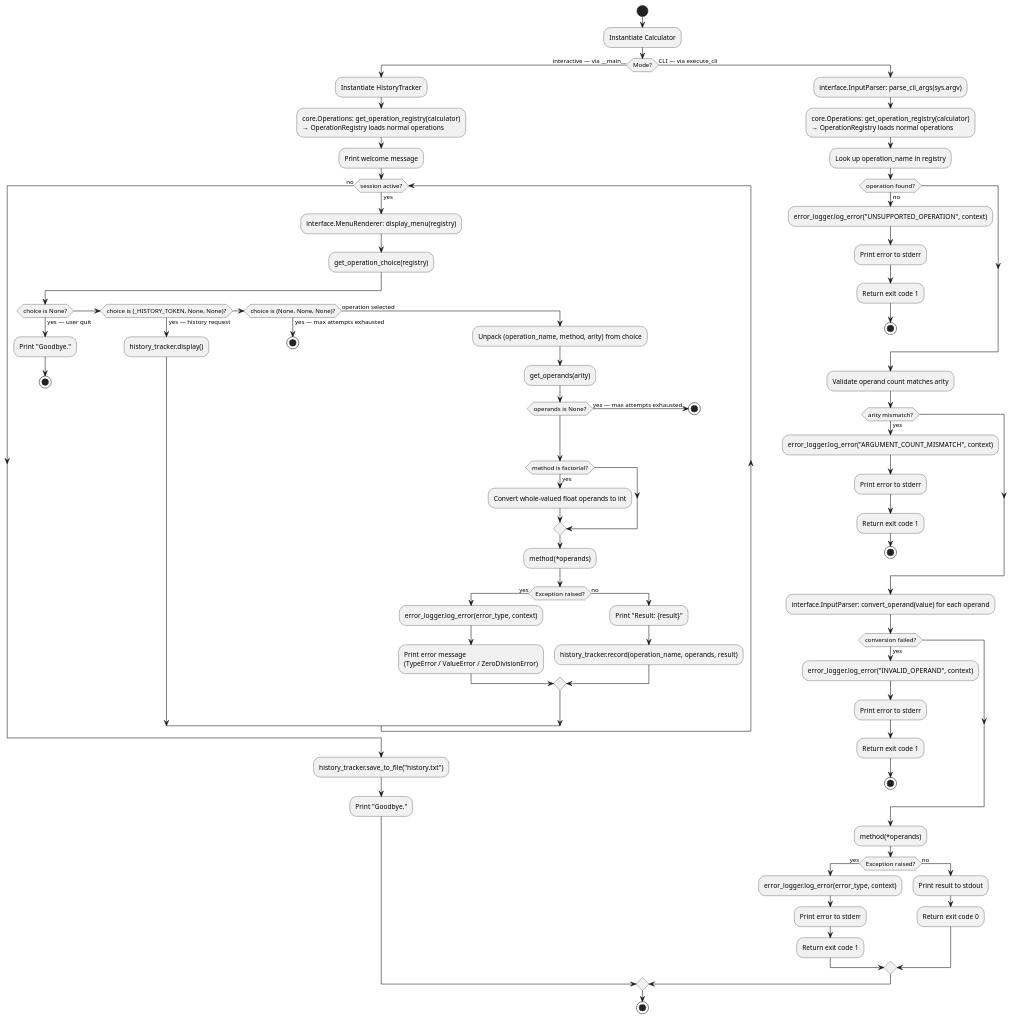
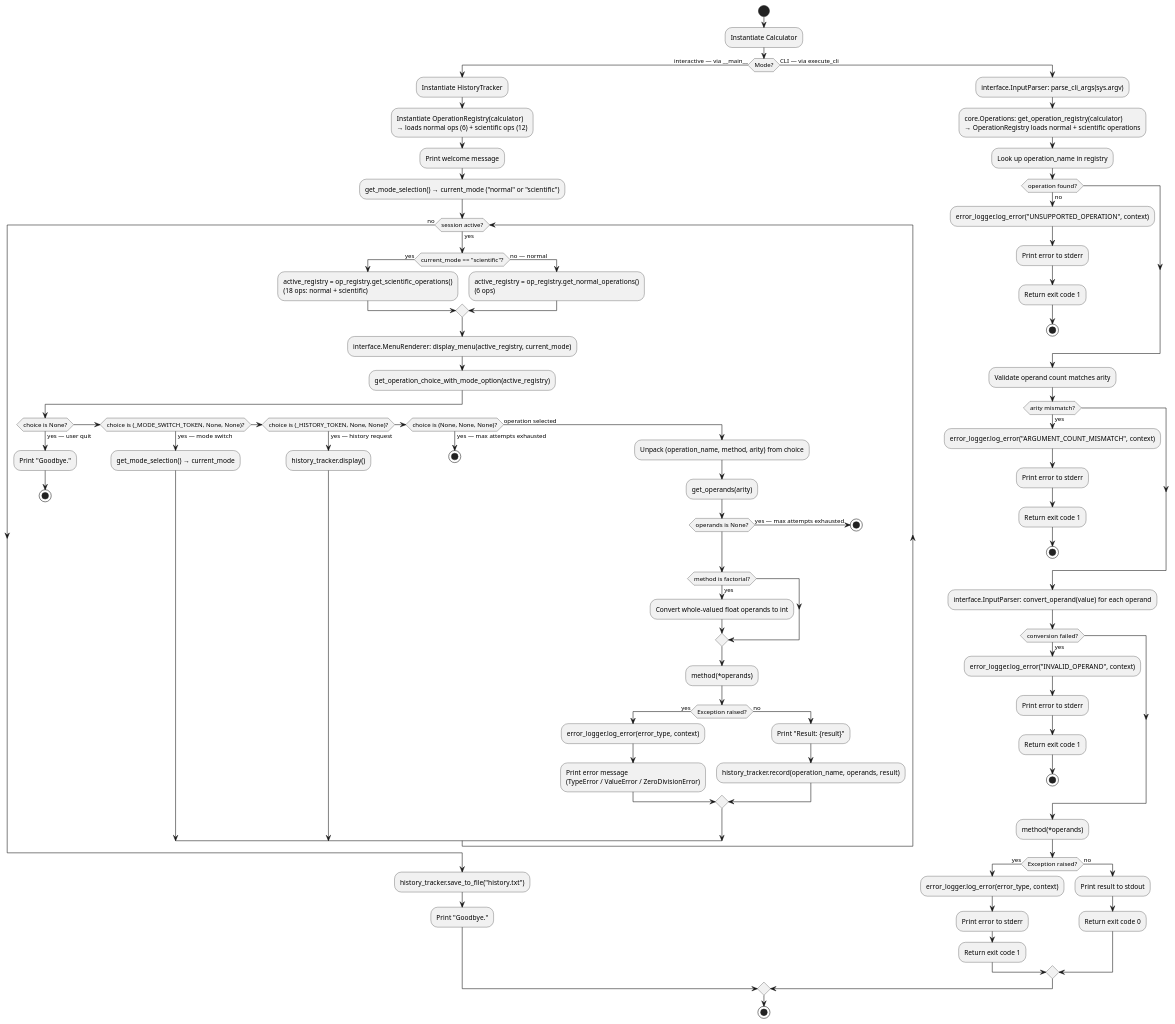
One commit to DanielRiha8906/Calculator_bachelor_autoevolution_team changed the diagram in artifacts/activity_diagram.puml. Above: the diagram before and after it, drawn with PlantUML. The commit also changed 3 other files, not shown here.

First line of the commit message:
chore: update PlantUML diagrams

```diff
--- a/artifacts/activity_diagram.puml
+++ b/artifacts/activity_diagram.puml
@@ -1,97 +1,106 @@
 @startuml activity_diagram
 
 start
 
 :Instantiate Calculator;
 
 if (Mode?) then (interactive — via __main__)
 
     :Instantiate HistoryTracker;
-    :core.Operations: get_operation_registry(calculator)\n→ OperationRegistry loads normal operations;
+    :Instantiate OperationRegistry(calculator)\n→ loads normal ops (6) + scientific ops (12);
     :Print welcome message;
+    :get_mode_selection() → current_mode ("normal" or "scientific");
 
     while (session active?) is (yes)
 
-        :interface.MenuRenderer: display_menu(registry);
-        :get_operation_choice(registry);
+        if (current_mode == "scientific"?) then (yes)
+            :active_registry = op_registry.get_scientific_operations()\n(18 ops: normal + scientific);
+        else (no — normal)
+            :active_registry = op_registry.get_normal_operations()\n(6 ops);
+        endif
+
+        :interface.MenuRenderer: display_menu(active_registry, current_mode);
+        :get_operation_choice_with_mode_option(active_registry);
 
         if (choice is None?) then (yes — user quit)
             :Print "Goodbye.";
             stop
+        elseif (choice is (_MODE_SWITCH_TOKEN, None, None)?) then (yes — mode switch)
+            :get_mode_selection() → current_mode;
         elseif (choice is (_HISTORY_TOKEN, None, None)?) then (yes — history request)
             :history_tracker.display();
         elseif (choice is (None, None, None)?) then (yes — max attempts exhausted)
             stop
         else (operation selected)
             :Unpack (operation_name, method, arity) from choice;
             :get_operands(arity);
 
             if (operands is None?) then (yes — max attempts exhausted)
                 stop
             endif
 
             if (method is factorial?) then (yes)
                 :Convert whole-valued float operands to int;
             endif
 
             :method(*operands);
 
             if (Exception raised?) then (yes)
                 :error_logger.log_error(error_type, context);
                 :Print error message\n(TypeError / ValueError / ZeroDivisionError);
             else (no)
                 :Print "Result: {result}";
                 :history_tracker.record(operation_name, operands, result);
             endif
         endif
 
     endwhile (no)
 
     :history_tracker.save_to_file("history.txt");
     :Print "Goodbye.";
 
 else (CLI — via execute_cli)
 
     :interface.InputParser: parse_cli_args(sys.argv);
-    :core.Operations: get_operation_registry(calculator)\n→ OperationRegistry loads normal operations;
+    :core.Operations: get_operation_registry(calculator)\n→ OperationRegistry loads normal + scientific operations;
 
     :Look up operation_name in registry;
     if (operation found?) then (no)
         :error_logger.log_error("UNSUPPORTED_OPERATION", context);
         :Print error to stderr;
         :Return exit code 1;
         stop
     endif
 
     :Validate operand count matches arity;
     if (arity mismatch?) then (yes)
         :error_logger.log_error("ARGUMENT_COUNT_MISMATCH", context);
         :Print error to stderr;
         :Return exit code 1;
         stop
     endif
 
     :interface.InputParser: convert_operand(value) for each operand;
     if (conversion failed?) then (yes)
         :error_logger.log_error("INVALID_OPERAND", context);
         :Print error to stderr;
         :Return exit code 1;
         stop
     endif
 
     :method(*operands);
 
     if (Exception raised?) then (yes)
         :error_logger.log_error(error_type, context);
         :Print error to stderr;
         :Return exit code 1;
     else (no)
         :Print result to stdout;
         :Return exit code 0;
     endif
 
 endif
 
 stop
 
 @enduml
```
